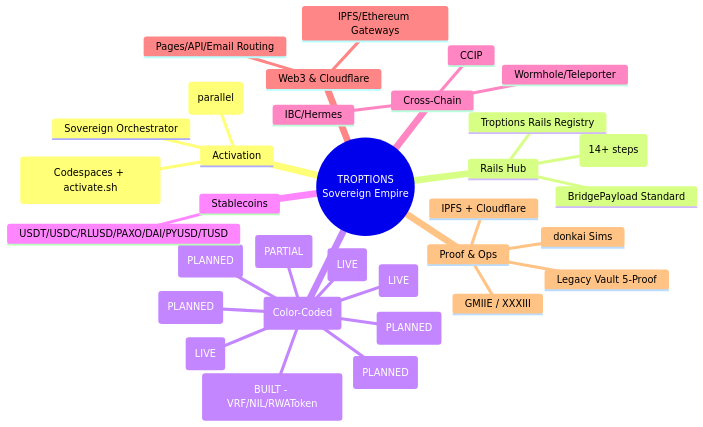
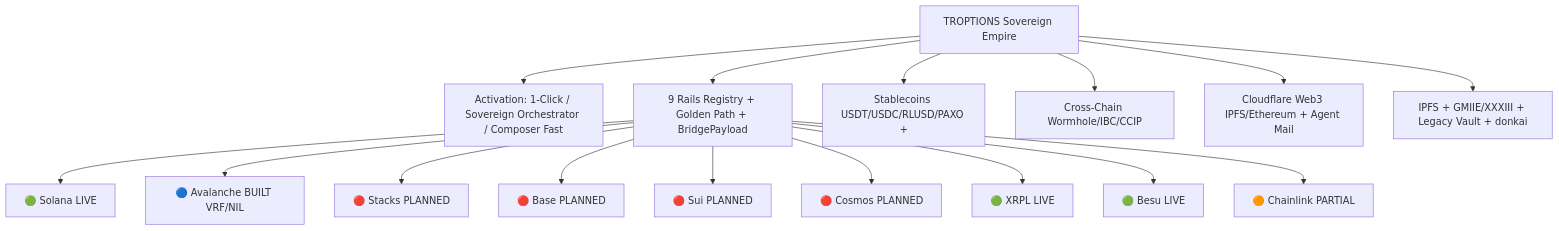
One commit to FTHTrading/troptions-rails changed the first of 6 diagrams in README.md. Above: the diagram before and after it, drawn with Mermaid. The commit also changed other lines of this file and 3 other files, not shown here.

Commit message:
docs: update README with robust Mermaid (flowchart primary), executable E2E harness + scripts refs, v0.1.0 gap closure (tests/CI ✅, deploys scripts ✅, releases), Snowtrace deployment examples. Add .env.example + activate enhancements. Sync site badge for CI/harness.

````diff
--- a/README.md
+++ b/README.md
@@ -121,37 +122,19 @@
 ```mermaid
-mindmap
-  root((TROPTIONS
-  Sovereign Empire))
-    Activation
-      1-Click (Codespaces + activate.sh)
-      Sovereign Orchestrator
-      Composer Fast (parallel)
-    Rails Hub
-      Troptions Rails Registry
-      Golden Path (14+ steps)
-      BridgePayload Standard
-    9 Rails (Color-Coded)
-      🟢 Solana (LIVE)
-      🔵 Avalanche (BUILT - VRF/NIL/RWAToken)
-      🔴 Stacks (PLANNED)
-      🔴 Base (PLANNED)
-      🔴 Sui (PLANNED)
-      🔴 Cosmos (PLANNED)
-      🟢 XRPL (LIVE)
-      🟢 Besu (LIVE)
-      🟠 Chainlink (PARTIAL)
-    Stablecoins
-      USDT/USDC/RLUSD/PAXO/DAI/PYUSD/TUSD
-    Cross-Chain
-      Wormhole/Teleporter
-      IBC/Hermes
-      CCIP
-    Web3 & Cloudflare
-      IPFS/Ethereum Gateways
-      Pages/API/Email Routing
-    Proof & Ops
-      IPFS + Cloudflare
-      GMIIE / XXXIII
-      Legacy Vault 5-Proof
-      donkai Sims
+flowchart TD
+    Root[TROPTIONS Sovereign Empire]
+    Root --> Activation[Activation: 1-Click / Sovereign Orchestrator / Composer Fast]
+    Root --> Rails[9 Rails Registry + Golden Path + BridgePayload]
+    Rails --> R1[🟢 Solana LIVE]
+    Rails --> R2[🔵 Avalanche BUILT VRF/NIL]
+    Rails --> R3[🔴 Stacks PLANNED]
+    Rails --> R4[🔴 Base PLANNED]
+    Rails --> R5[🔴 Sui PLANNED]
+    Rails --> R6[🔴 Cosmos PLANNED]
+    Rails --> R7[🟢 XRPL LIVE]
+    Rails --> R8[🟢 Besu LIVE]
+    Rails --> R9[🟠 Chainlink PARTIAL]
+    Root --> Stables[Stablecoins USDT/USDC/RLUSD/PAXO +]
+    Root --> Cross[Cross-Chain Wormhole/IBC/CCIP]
+    Root --> Web3[Cloudflare Web3 IPFS/Ethereum + Agent Mail]
+    Root --> Proof[IPFS + GMIIE/XXXIII + Legacy Vault + donkai]
 ```
````
